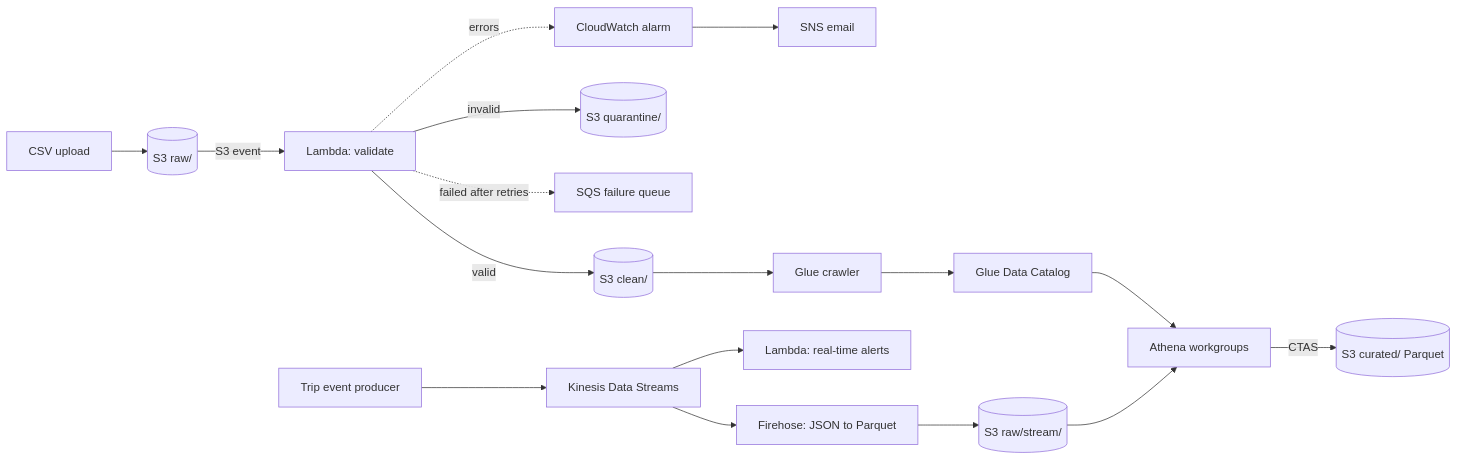
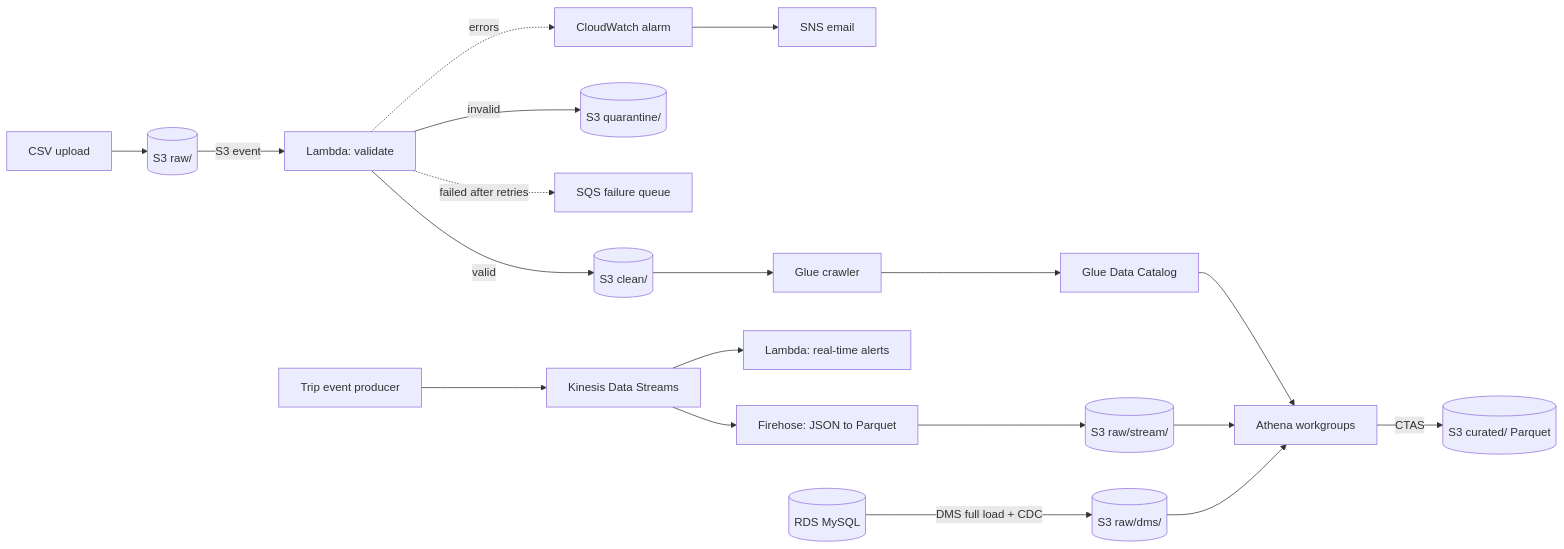
One commit to DataPoole/dea-lab changed the diagram in README.md. Above: the diagram before and after it, drawn with Mermaid. The commit also changed other lines of this file and 1 other file, not shown here.

````diff
--- a/README.md
+++ b/README.md
@@ -10,16 +10,18 @@
 ```mermaid
 flowchart LR
   U[CSV upload] --> R[(S3 raw/)]
   R -->|S3 event| L[Lambda: validate]
   L -->|valid| C[(S3 clean/)]
   L -->|invalid| Q[(S3 quarantine/)]
   L -.->|failed after retries| D[SQS failure queue]
   L -.->|errors| A[CloudWatch alarm] --> S[SNS email]
   C --> K[Glue crawler] --> G[Glue Data Catalog]
   G --> AT[Athena workgroups]
   AT -->|CTAS| P[(S3 curated/ Parquet)]
   PR[Trip event producer] --> KS[Kinesis Data Streams]
   KS --> LB[Lambda: real-time alerts]
   KS --> FH[Firehose: JSON to Parquet] --> RS[(S3 raw/stream/)]
   RS --> AT
+  DB[(RDS MySQL)] -->|DMS full load + CDC| DM[(S3 raw/dms/)]
+  DM --> AT
 ```
````
